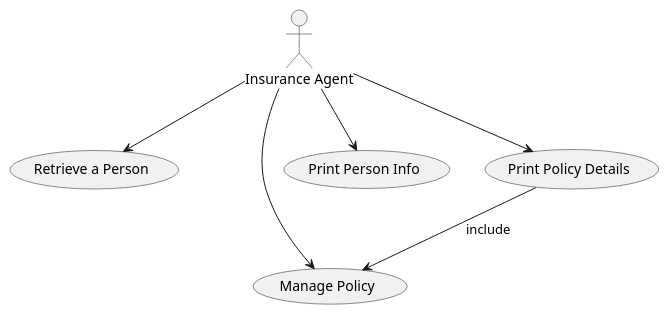
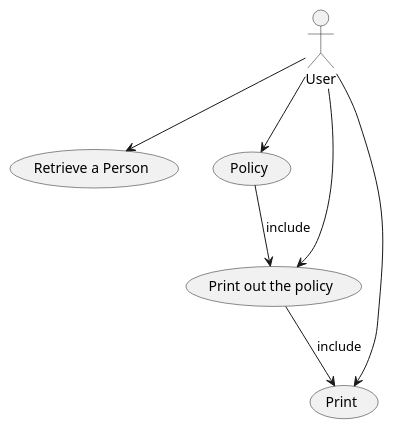
Before and after one commit to RayWP/pfsa-id: the diagram in survey-ud/gen-r-ent-o3-mini/R39_Insurance_class_diagram.puml, drawn with PlantUML. The commit also changed 7 other files, not shown here.

```diff
--- a/survey-ud/gen-r-ent-o3-mini/R39_Insurance_class_diagram.puml
+++ b/survey-ud/gen-r-ent-o3-mini/R39_Insurance_class_diagram.puml
@@ -1,19 +1,19 @@
 @startuml
-actor "Insurance Agent" as Agent
+actor "User" as User
 
-' Use cases based on provided description and additional ones to support functionality
 usecase "Retrieve a Person" as UC_Retrieve
-usecase "Manage Policy" as UC_Policy
-usecase "Print Person Info" as UC_PrintPerson
-usecase "Print Policy Details" as UC_PrintPolicy
+usecase "Policy" as UC_Policy
+usecase "Print" as UC_Print
+usecase "Print out the policy" as UC_PrintPolicy
 
-' Actor interactions
-Agent --> UC_Retrieve
-Agent --> UC_Policy
-Agent --> UC_PrintPerson
-Agent --> UC_PrintPolicy
+' Associate the actor with the use cases
+User --> UC_Retrieve
+User --> UC_Policy
+User --> UC_Print
+User --> UC_PrintPolicy
 
-' Relationships between use cases
-UC_PrintPolicy --> UC_Policy : «include»
-
+' Define relationships among use cases
+UC_Policy --> UC_PrintPolicy : «include»
+UC_PrintPolicy --> UC_Print : «include»
+ 
 @enduml
```
